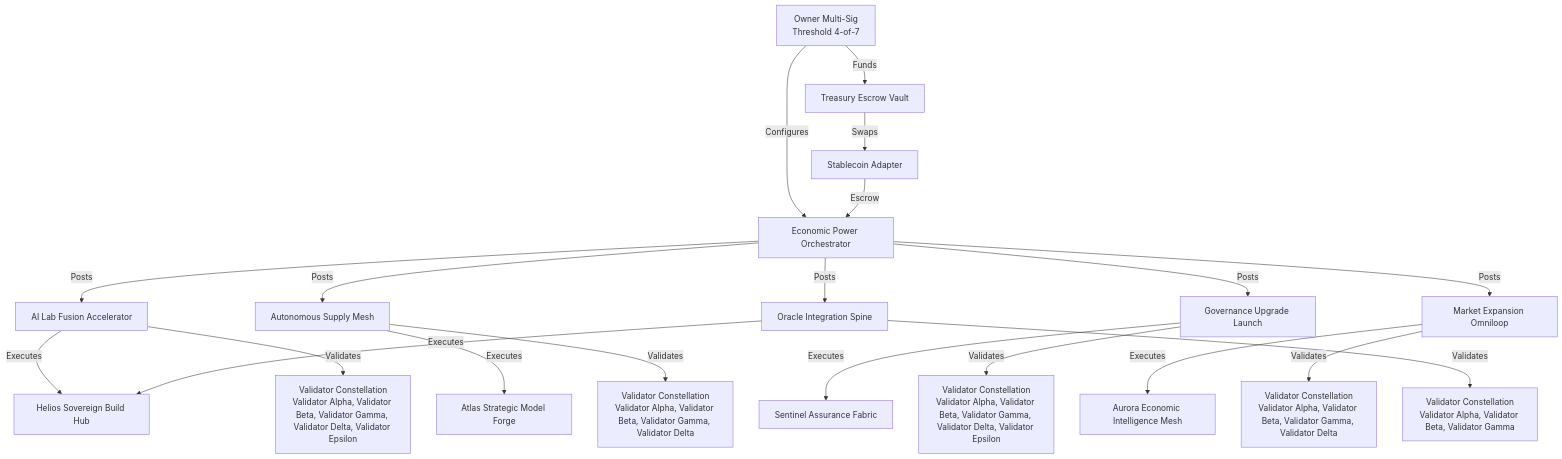
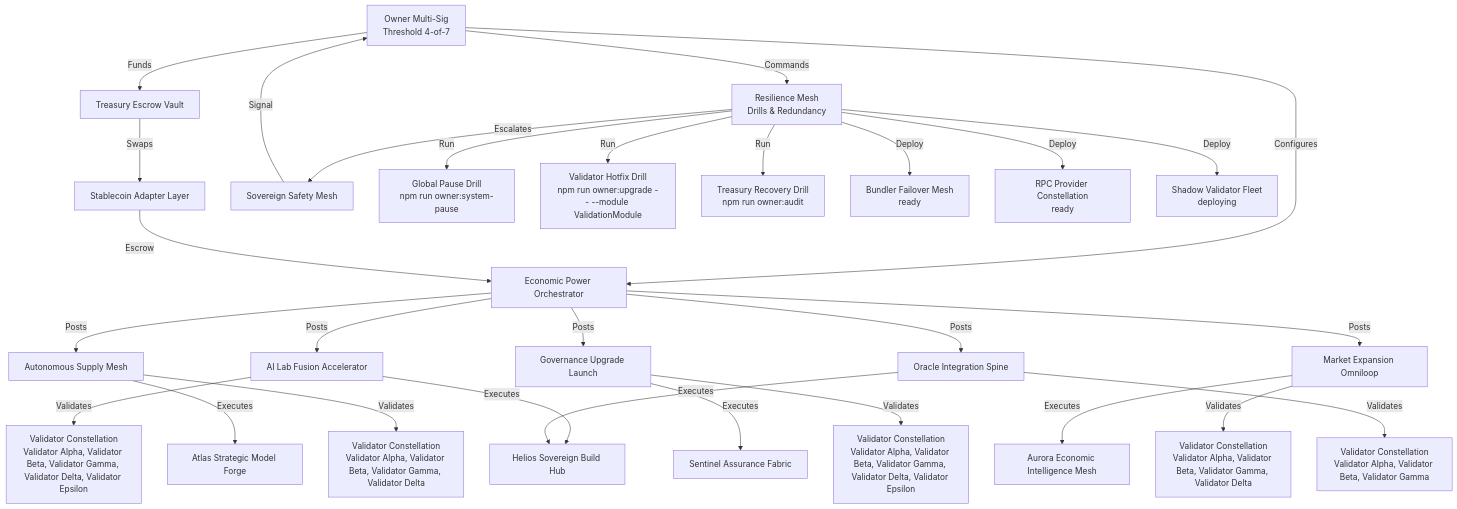
One commit to MontrealAI/AGIJobsv0 changed the diagram in demo/Economic-Power-v0/reports/flow.mmd. Above: the diagram before and after it, drawn with Mermaid. The commit also changed 15 other files, not shown here.

Commit message:
Add global expansion analytics to Economic Power demo

```diff
--- a/demo/Economic-Power-v0/reports/flow.mmd
+++ b/demo/Economic-Power-v0/reports/flow.mmd
@@ -1,26 +1,46 @@
 graph TD
-    OwnerSafe[Owner Multi-Sig\nThreshold 4-of-7] -->|Configures| Orchestrator[Economic Power Orchestrator]
-    OwnerSafe[Owner Multi-Sig\nThreshold 4-of-7] -->|Funds| Treasury[Treasury Escrow Vault]
-    Treasury[Treasury Escrow Vault] -->|Swaps| StablecoinAdapter[Stablecoin Adapter]
-    StablecoinAdapter[Stablecoin Adapter] -->|Escrow| Orchestrator[Economic Power Orchestrator]
+    OwnerSafe[Owner Multi-Sig\nThreshold 4-of-7]
     Orchestrator[Economic Power Orchestrator]
-        Job_job_ai_lab_fusion[AI Lab Fusion Accelerator]
+    Treasury[Treasury Escrow Vault]
+    StablecoinAdapter[Stablecoin Adapter Layer]
+    ResilienceMesh[Resilience Mesh\nDrills & Redundancy]
+    SafetyMesh[Sovereign Safety Mesh]
+        OwnerSafe -->|Configures| Orchestrator
+    OwnerSafe -->|Funds| Treasury
+    Treasury -->|Swaps| StablecoinAdapter
+    StablecoinAdapter -->|Escrow| Orchestrator
+    OwnerSafe -->|Commands| ResilienceMesh
+    ResilienceMesh -->|Escalates| SafetyMesh
+    SafetyMesh -->|Signal| OwnerSafe
+    Job_job_ai_lab_fusion[AI Lab Fusion Accelerator]
     Job_job_supply_chain[Autonomous Supply Mesh]
     Job_job_governance_upgrade[Governance Upgrade Launch]
     Job_job_market_expansion[Market Expansion Omniloop]
     Job_job_oracle_integration[Oracle Integration Spine]
     Orchestrator -->|Posts| Job_job_ai_lab_fusion
     Job_job_ai_lab_fusion -->|Executes| Agent_helios[Helios Sovereign Build Hub]
     Job_job_ai_lab_fusion -->|Validates| ValidatorSet_job_ai_lab_fusion[Validator Constellation\nValidator Alpha, Validator Beta, Validator Gamma, Validator Delta, Validator Epsilon]
     Orchestrator -->|Posts| Job_job_supply_chain
     Job_job_supply_chain -->|Executes| Agent_atlas[Atlas Strategic Model Forge]
     Job_job_supply_chain -->|Validates| ValidatorSet_job_supply_chain[Validator Constellation\nValidator Alpha, Validator Beta, Validator Gamma, Validator Delta]
     Orchestrator -->|Posts| Job_job_governance_upgrade
     Job_job_governance_upgrade -->|Executes| Agent_sentinel[Sentinel Assurance Fabric]
     Job_job_governance_upgrade -->|Validates| ValidatorSet_job_governance_upgrade[Validator Constellation\nValidator Alpha, Validator Beta, Validator Gamma, Validator Delta, Validator Epsilon]
     Orchestrator -->|Posts| Job_job_market_expansion
     Job_job_market_expansion -->|Executes| Agent_aurora[Aurora Economic Intelligence Mesh]
     Job_job_market_expansion -->|Validates| ValidatorSet_job_market_expansion[Validator Constellation\nValidator Alpha, Validator Beta, Validator Gamma, Validator Delta]
     Orchestrator -->|Posts| Job_job_oracle_integration
     Job_job_oracle_integration -->|Executes| Agent_helios[Helios Sovereign Build Hub]
     Job_job_oracle_integration -->|Validates| ValidatorSet_job_oracle_integration[Validator Constellation\nValidator Alpha, Validator Beta, Validator Gamma]
+    Drill_0[Global Pause Drill\nnpm run owner:system-pause]
+    ResilienceMesh -->|Run| Drill_0
+    Drill_1[Validator Hotfix Drill\nnpm run owner:upgrade -- --module ValidationModule]
+    ResilienceMesh -->|Run| Drill_1
+    Drill_2[Treasury Recovery Drill\nnpm run owner:audit]
+    ResilienceMesh -->|Run| Drill_2
+    Redundancy_0[Bundler Failover Mesh\nready]
+    ResilienceMesh -->|Deploy| Redundancy_0
+    Redundancy_1[RPC Provider Constellation\nready]
+    ResilienceMesh -->|Deploy| Redundancy_1
+    Redundancy_2[Shadow Validator Fleet\ndeploying]
+    ResilienceMesh -->|Deploy| Redundancy_2
```
